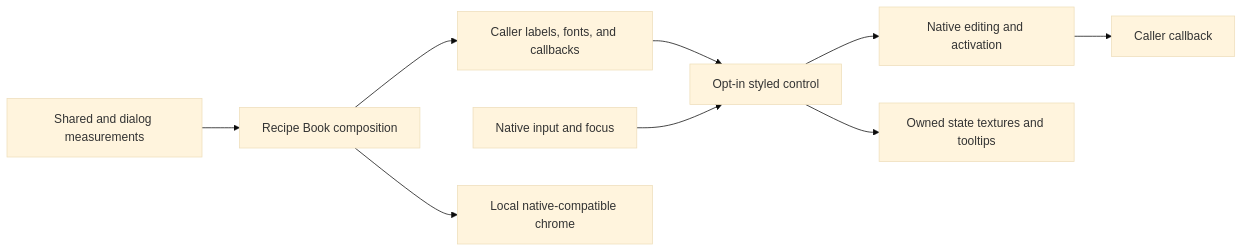
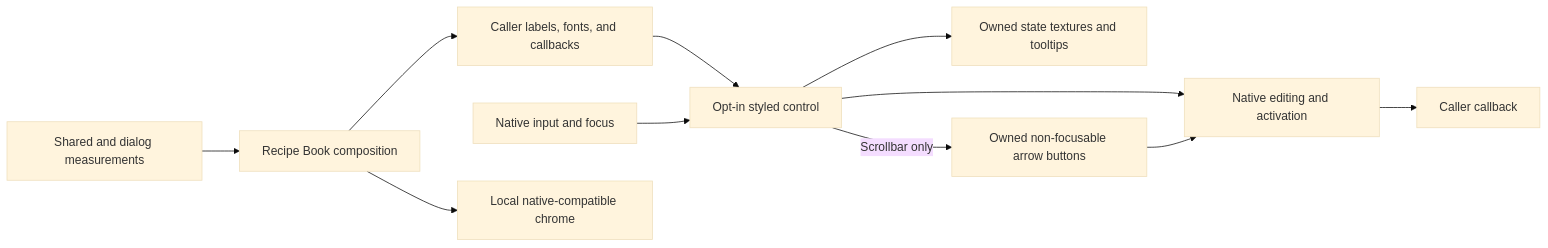
One commit to dsisco11/VanillaExpanded changed the second of 2 diagrams in docs/RecipeBook.md. Above: the diagram before and after it, drawn with Mermaid (base theme). The commit also changed other lines of this file and 24 other files, not shown here.

````diff
--- a/docs/RecipeBook.md
+++ b/docs/RecipeBook.md
@@ -153,11 +159,13 @@
 ```mermaid
 flowchart LR
     Caller[Caller labels, fonts, and callbacks] --> Adapter[Opt-in styled control]
     Input[Native input and focus] --> Adapter
     Adapter --> Native[Native editing and activation]
     Native --> Callback[Caller callback]
     Adapter --> Visual[Owned state textures and tooltips]
+    Adapter -->|Scrollbar only| Arrows[Owned non-focusable arrow buttons]
+    Arrows --> Native
     Metrics[Shared and dialog measurements] --> Book[Recipe Book composition]
     Book --> Caller
     Book --> Chrome[Local native-compatible chrome]
 ```
````
